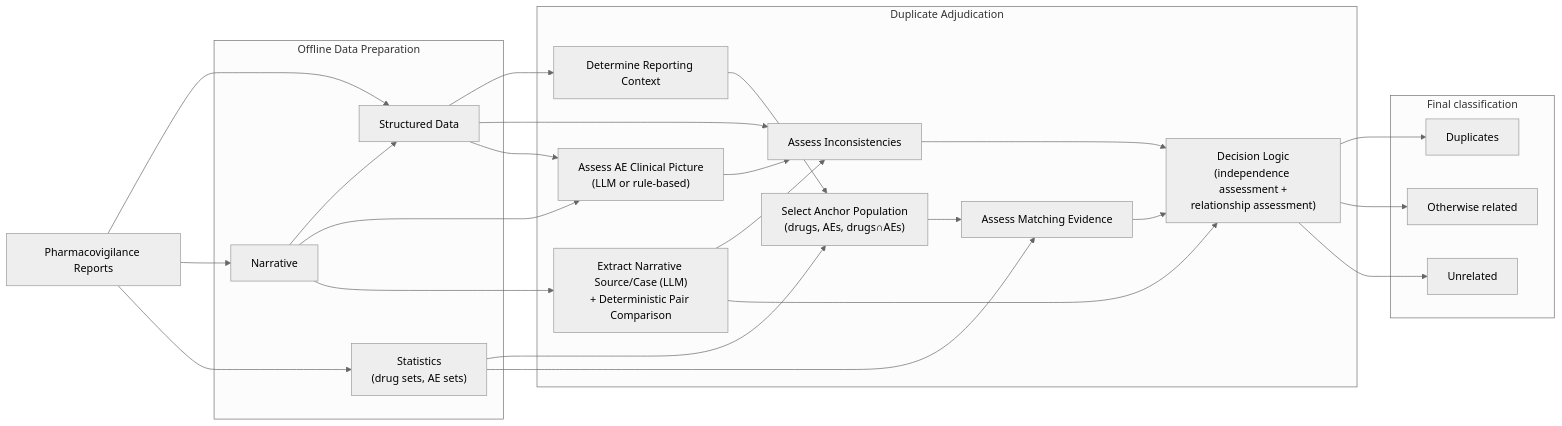
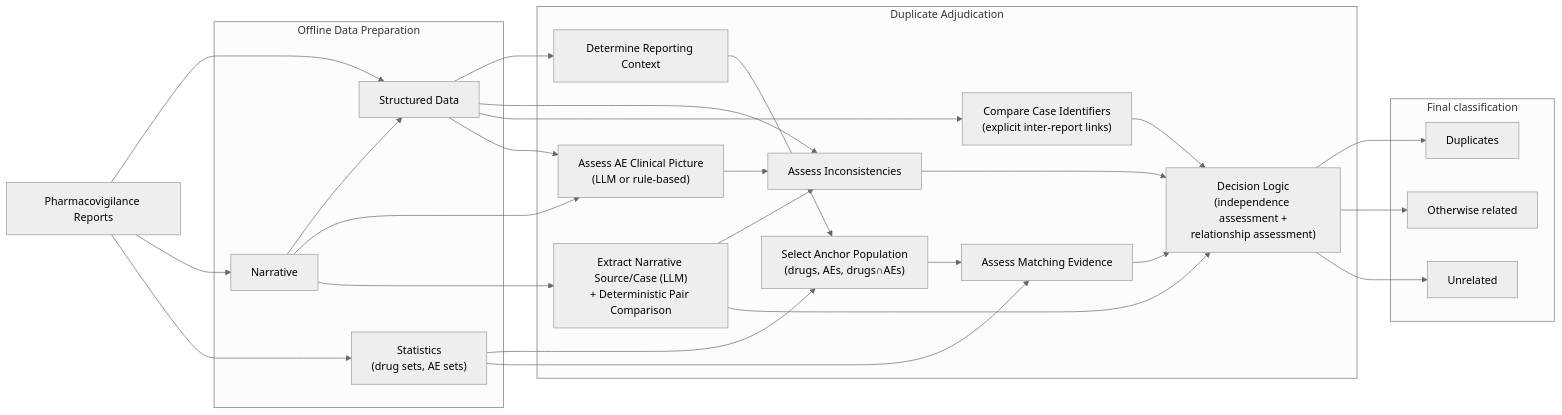
One commit to Uppsala-Monitoring-Centre/vigiTwin changed the diagram in docs/pipeline_overview.md. Above: the diagram before and after it, drawn with Mermaid (neutral theme). The commit also changed other lines of this file and 32 other files, not shown here.

````diff
--- a/docs/pipeline_overview.md
+++ b/docs/pipeline_overview.md
@@ -38,55 +40,58 @@
 ```mermaid
 flowchart LR
 
 A["Pharmacovigilance Reports"]
 
 subgraph Data_Preparation["Offline Data Preparation"]
 B["Structured Data"]
 C["Narrative"]
 D["Statistics<br>(drug sets, AE sets)"]
 end
 
 subgraph Adjudication["Duplicate Adjudication"]
 E["Determine Reporting Context"]
 F["Select Anchor Population<br>(drugs, AEs, drugs∩AEs)"]
 H["Assess Matching Evidence"]
 I["Assess Inconsistencies"]
 J["Assess AE Clinical Picture<br>(LLM or rule-based)"]
 S["Extract Narrative Source/Case (LLM)<br>+ Deterministic Pair Comparison"]
+L["Compare Case Identifiers<br>(explicit inter-report links)"]
 K["Decision Logic<br>(independence assessment +<br>relationship assessment)"]
 end
 
 subgraph Output["Final classification"]
 M["Duplicates"]
 N["Otherwise related"]
 O["Unrelated"]
 end
 
 
 A --> B
 A --> C
 A --> D
 
 B --> E
 B --> I
+B --> L
 C --> B
 B --> J
 C --> J
 C --> S
 D --> F
 D --> H
 
 E --> F
 F --> H
 J --> I
 S --> I
 S --> K
+L --> K
 
 
 H --> K
 I --> K
 
 K --> M
 K --> N
 K --> O
 ```
````
